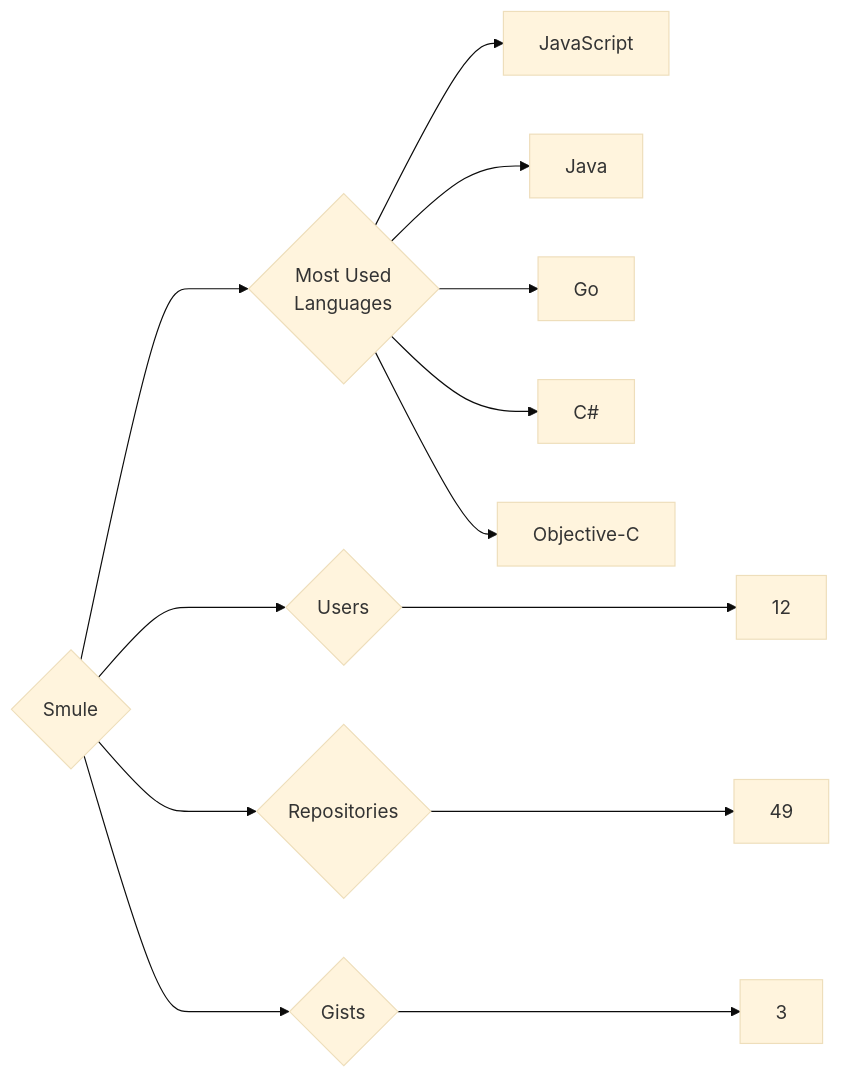
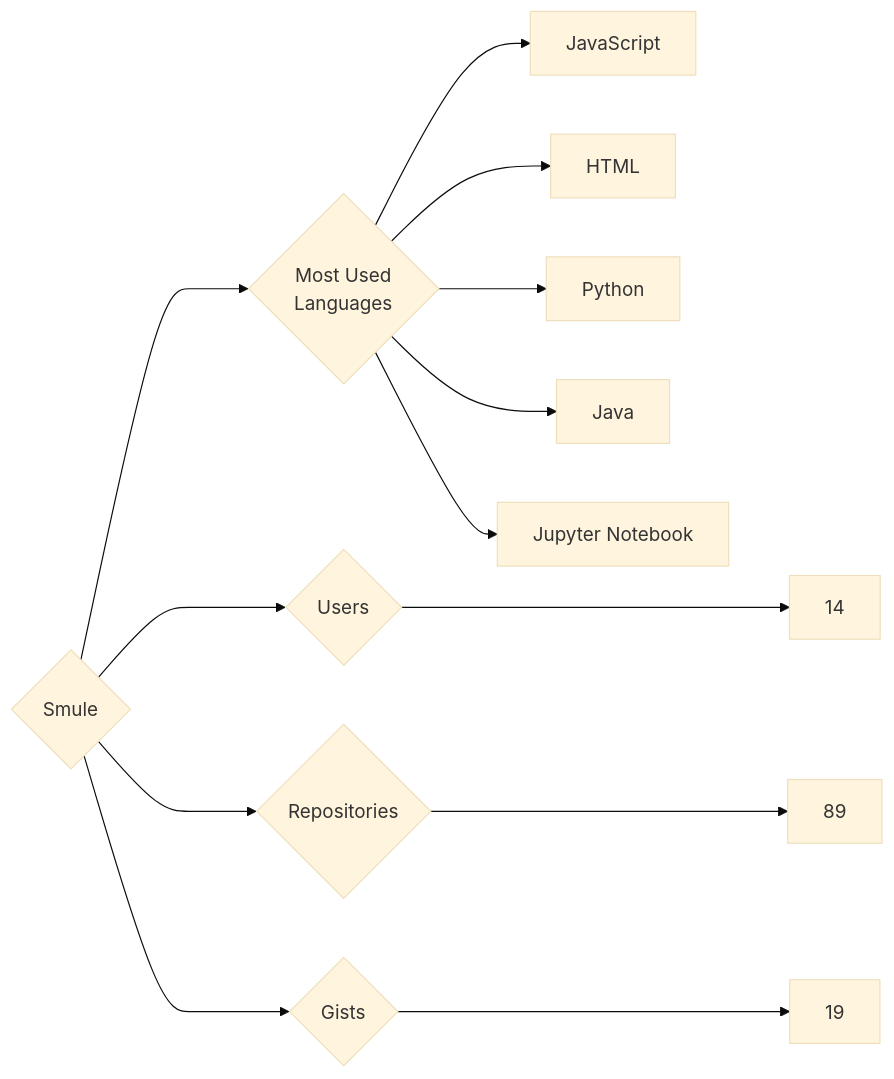
The diagram in targets/Smule/README.md (trickest/insiders), drawn with Mermaid (base theme) before and after one commit. The commit also changed 995 other files, not shown here.

````diff
--- a/targets/Smule/README.md
+++ b/targets/Smule/README.md
@@ -3,13 +3,13 @@
 ```mermaid
 graph LR
 COMPANY_NAME{Smule}
-COMPANY_NAME ---> U{Users} ---> UN[12]
-COMPANY_NAME ---> R{Repositories} ---> RN[49]
-COMPANY_NAME ---> G{Gists} ---> GN[3]
+COMPANY_NAME ---> U{Users} ---> UN[14]
+COMPANY_NAME ---> R{Repositories} ---> RN[89]
+COMPANY_NAME ---> G{Gists} ---> GN[19]
 COMPANY_NAME ---> ML{Most Used<br>Languages}
 ML --> JavaScript[JavaScript]
+ML --> HTML[HTML]
+ML --> Python[Python]
 ML --> Java[Java]
-ML --> Go[Go]
-ML --> C#[C#]
-ML --> Objective-C[Objective-C]
+ML --> Jupyter_Notebook[Jupyter Notebook]
 ```
````
